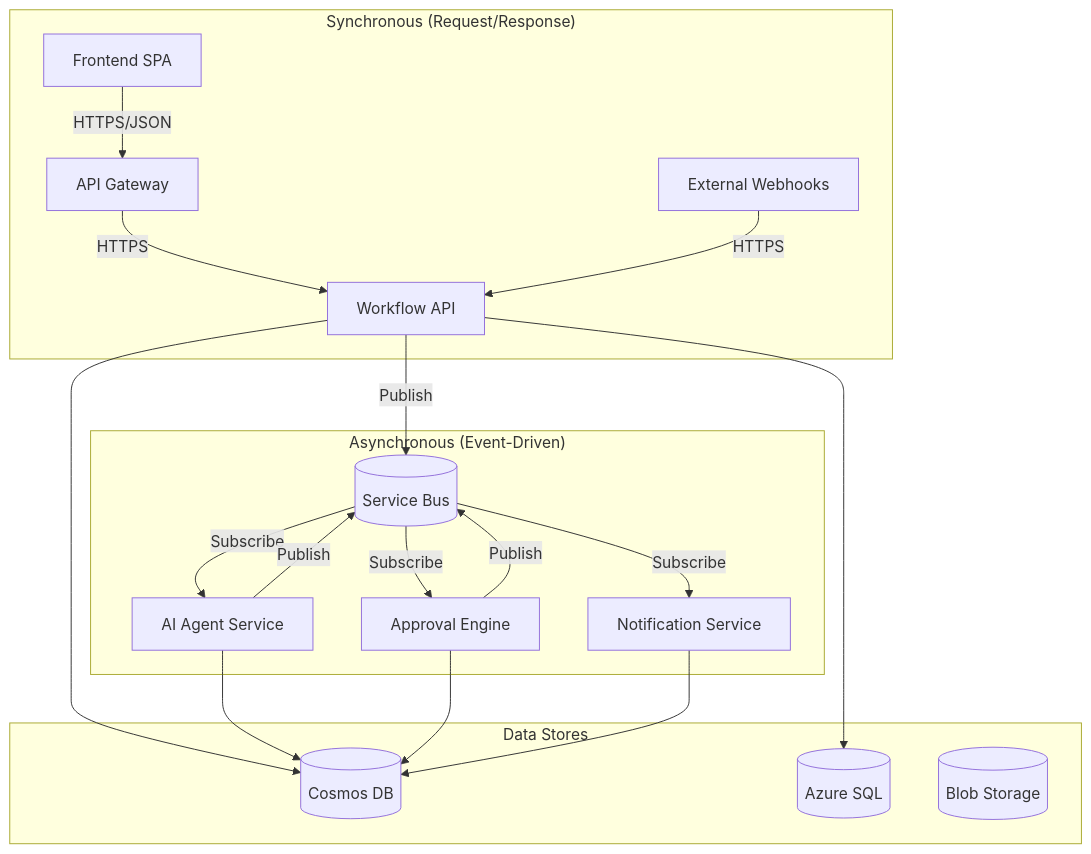
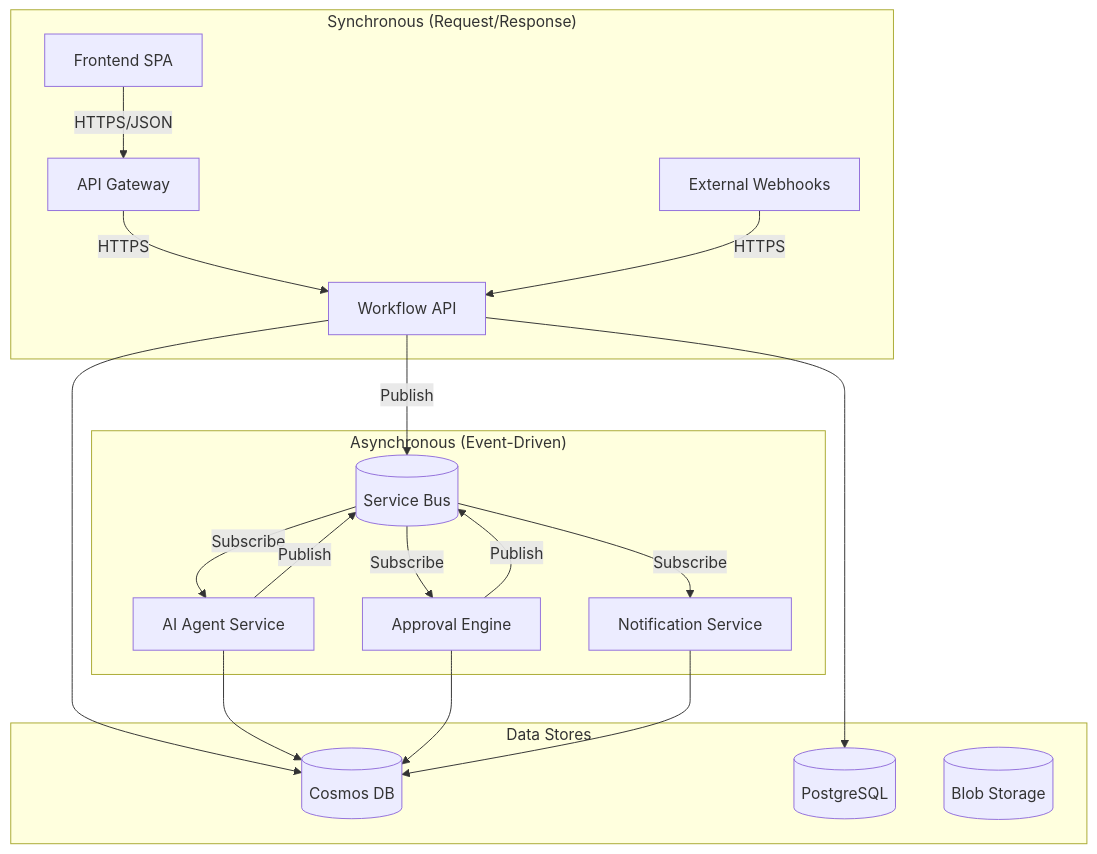
The second of 22 diagrams in docs/architecture/Architecture-Documentation.md (toanduong/ai-workflow), drawn with Mermaid before and after one commit. The commit also changed other lines of this file and 15 other files, not shown here.

````diff
--- a/docs/architecture/Architecture-Documentation.md
+++ b/docs/architecture/Architecture-Documentation.md
@@ -88,29 +88,29 @@
 ```mermaid
 flowchart TB
     subgraph Synchronous["Synchronous (Request/Response)"]
         FE[Frontend SPA] -->|HTTPS/JSON| GW[API Gateway]
         GW -->|HTTPS| API[Workflow API]
         EXT[External Webhooks] -->|HTTPS| API
     end
 
     subgraph Asynchronous["Asynchronous (Event-Driven)"]
         API -->|Publish| BUS[(Service Bus)]
         BUS -->|Subscribe| AI[AI Agent Service]
         BUS -->|Subscribe| APR[Approval Engine]
         BUS -->|Subscribe| NTF[Notification Service]
         AI -->|Publish| BUS
         APR -->|Publish| BUS
     end
 
     subgraph Data["Data Stores"]
         COSMOS[(Cosmos DB)]
-        SQL[(Azure SQL)]
+        SQL[(PostgreSQL)]
         BLOB[(Blob Storage)]
     end
 
     API --> COSMOS
     API --> SQL
     AI --> COSMOS
     APR --> COSMOS
     NTF --> COSMOS
 ```
````
